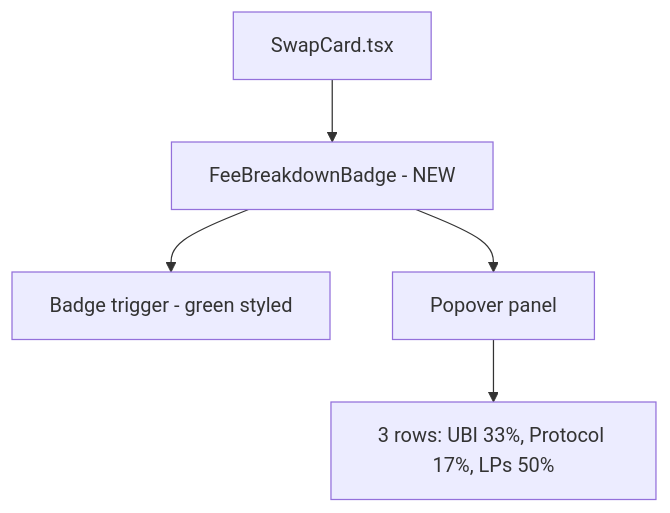
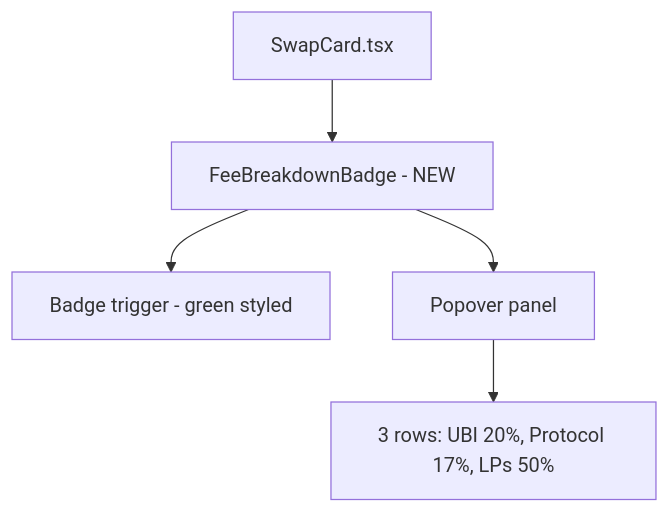
One commit to GoodDollar/gooddollar-l2 changed the diagram in .autobuilder/initiatives/0001-gooddollar-l2/tasks/0025-fee-badge-ubi-framing.md. Above: the diagram before and after it, drawn with Mermaid. The commit also changed other lines of this file and 108 other files, not shown here.

````diff
--- a/.autobuilder/initiatives/0001-gooddollar-l2/tasks/0025-fee-badge-ubi-framing.md
+++ b/.autobuilder/initiatives/0001-gooddollar-l2/tasks/0025-fee-badge-ubi-framing.md
@@ -79,7 +79,7 @@
 ```mermaid
 graph TD
     A[SwapCard.tsx] --> B[FeeBreakdownBadge - NEW]
     B --> C[Badge trigger - green styled]
     B --> D[Popover panel]
-    D --> E[3 rows: UBI 33%, Protocol 17%, LPs 50%]
+    D --> E[3 rows: UBI 20%, Protocol 17%, LPs 50%]
 ```
````
